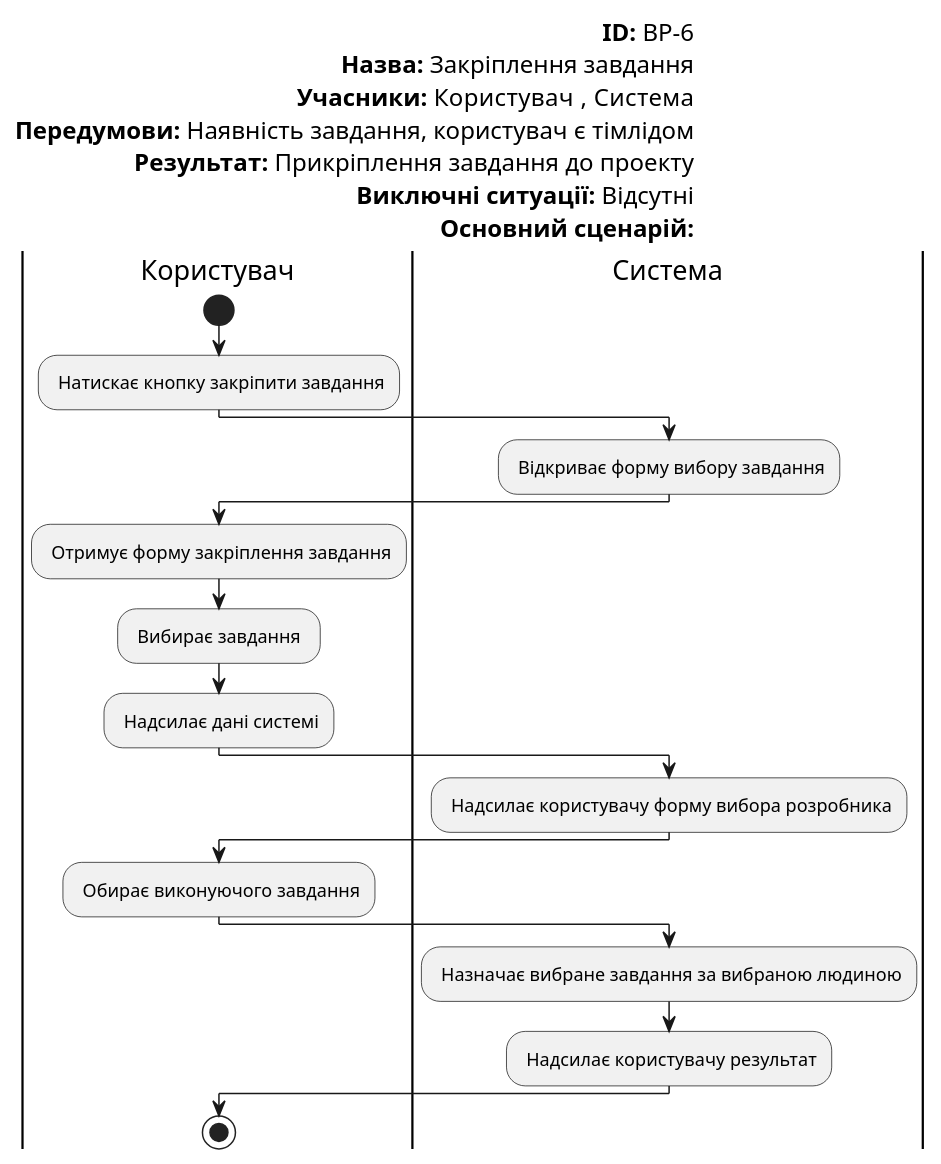
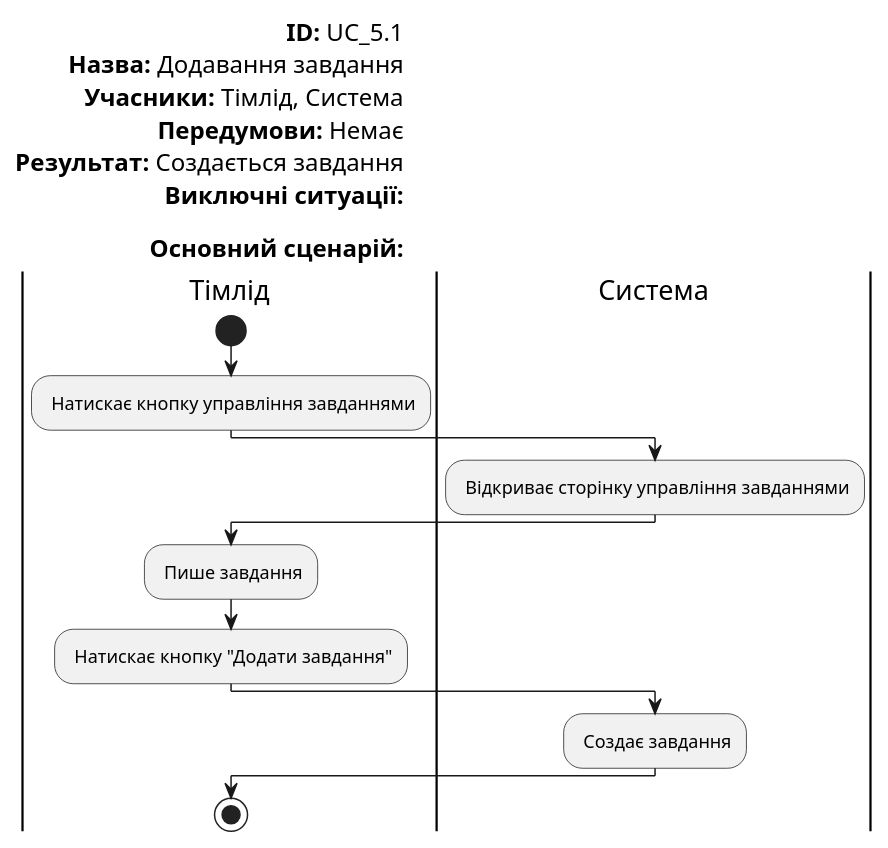
One commit to edu-db/edu_db_labs changed diagram 15 of 19 in docs/use cases/README.md. Above: the diagram before and after it, drawn with PlantUML. The commit also changed other lines of this file, not shown here.

```diff
--- a/docs/use cases/README.md
+++ b/docs/use cases/README.md
@@ -403,39 +556,26 @@
 @startuml
 
     left header
-<font color=000 size=16><b>ID:</b> ВP-6
-<font color=000 size=16><b>Назва:</b> Закріплення завдання
-<font color=000 size=16><b>Учасники:</b> Користувач  , Система
-<font color=000 size=16><b>Передумови:</b> Наявність завдання, користувач є тімлідом
-<font color=000 size=16><b>Результат:</b> Прикріплення завдання до проекту
-<font color=000 size=16><b>Виключні ситуації:</b> Відсутні
-<font color=000 size=16><b>Основний сценарій:</b>
+    <font color=000 size=16><b>ID:</b> UC_5.1
+    <font color=000 size=16><b>Назва:</b> Додавання завдання
+    <font color=000 size=16><b>Учасники:</b> Тімлід, Система
+    <font color=000 size=16><b>Передумови:</b> Немає
+    <font color=000 size=16><b>Результат:</b> Создається завдання
+    <font color=000 size=16><b>Виключні ситуації:</b>
+    
+    <font color=000 size=16><b>Основний сценарій:</b>
 end header
 
-|Користувач|
-    start
-    : Натискає кнопку закріпити завдання;
-|Система|
-    : Відкриває форму вибору завдання;
-|Користувач|
-    : Отримує форму закріплення завдання;
-|Користувач|
-    : Вибирає завдання ;
-|Користувач|
-    : Надсилає дані системі;
-|Система|   
-    : Надсилає користувачу форму вибора розробника;
-    
-|Користувач|
-    : Обирає виконуючого завдання;
-    
-|Система|   
-    : Назначає вибране завдання за вибраною людиною;
- 
-    : Надсилає користувачу результат;
-    
-  
-    
-|Користувач|
-    stop;
+    |Тімлід|
+        start
+        : Натискає кнопку управління завданнями;
+    |Система|
+        : Відкриває сторінку управління завданнями;
+    |Тімлід|
+        : Пише завдання;
+        : Натискає кнопку "Додати завдання";
+    |Система|   
+        : Создає завдання;
+    |Тімлід|
+        stop;
 @enduml
```
